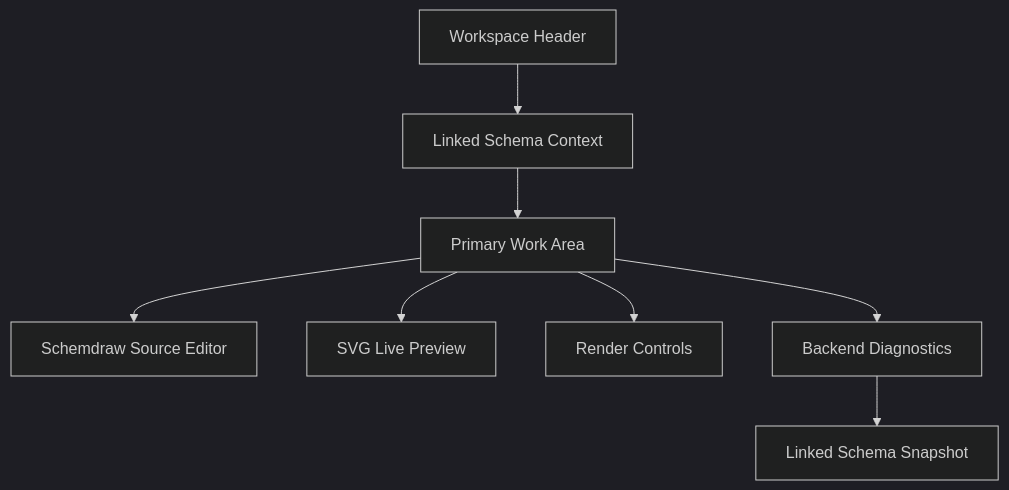
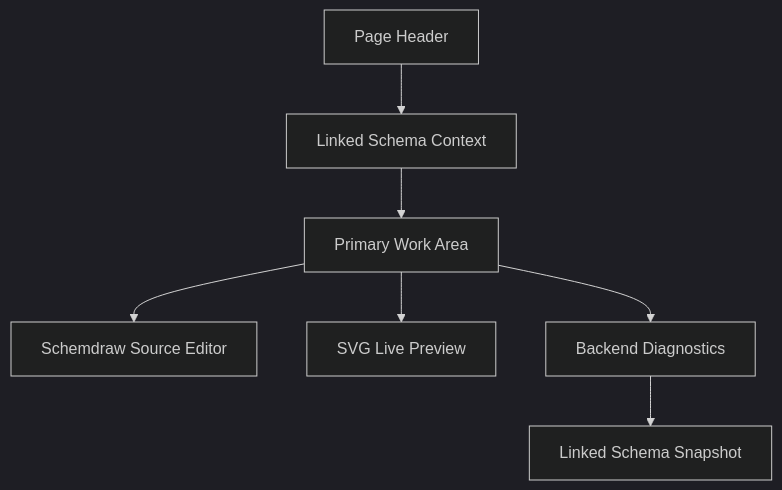
One commit to arfiligol/superconducting-circuits-research-workbench changed the diagram in docs/reference/app/frontend/research-workflow/schemdraw.md. Above: the diagram before and after it, drawn with Mermaid (dark theme). The commit also changed other lines of this file and 17 other files, not shown here.

````diff
--- a/docs/reference/app/frontend/research-workflow/schemdraw.md
+++ b/docs/reference/app/frontend/research-workflow/schemdraw.md
@@ -60,10 +61,9 @@
 ```mermaid
 flowchart TD
-    Header["Workspace Header"] --> Context["Linked Schema Context"]
+    Header["Page Header"] --> Context["Linked Schema Context"]
     Context --> Main["Primary Work Area"]
     Main --> Editor["Schemdraw Source Editor"]
     Main --> Preview["SVG Live Preview"]
-    Main --> Controls["Render Controls"]
     Main --> Diagnostics["Backend Diagnostics"]
     Diagnostics --> Snapshot["Linked Schema Snapshot"]
 ```
````
